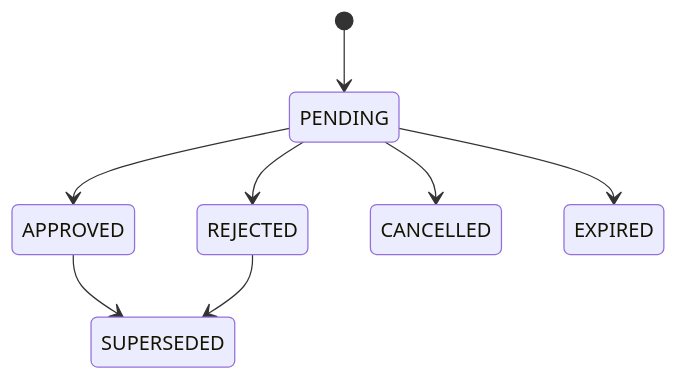
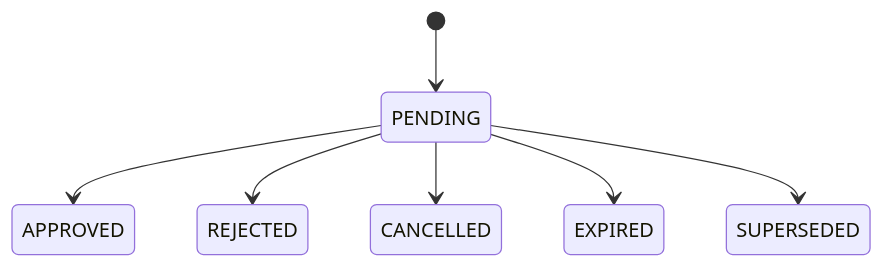
One commit to Myles-7/reca changed diagram 11 of 15 in docs/data-model/STATE_MACHINES_AND_INVARIANTS.md. Above: the diagram before and after it, drawn with Mermaid. The commit also changed other lines of this file and 14 other files, not shown here.

````diff
--- a/docs/data-model/STATE_MACHINES_AND_INVARIANTS.md
+++ b/docs/data-model/STATE_MACHINES_AND_INVARIANTS.md
@@ -762,10 +774,9 @@
 ```mermaid
 stateDiagram-v2
     [*] --> PENDING
     PENDING --> APPROVED
     PENDING --> REJECTED
     PENDING --> CANCELLED
     PENDING --> EXPIRED
-    APPROVED --> SUPERSEDED
-    REJECTED --> SUPERSEDED
+    PENDING --> SUPERSEDED
 ```
````
